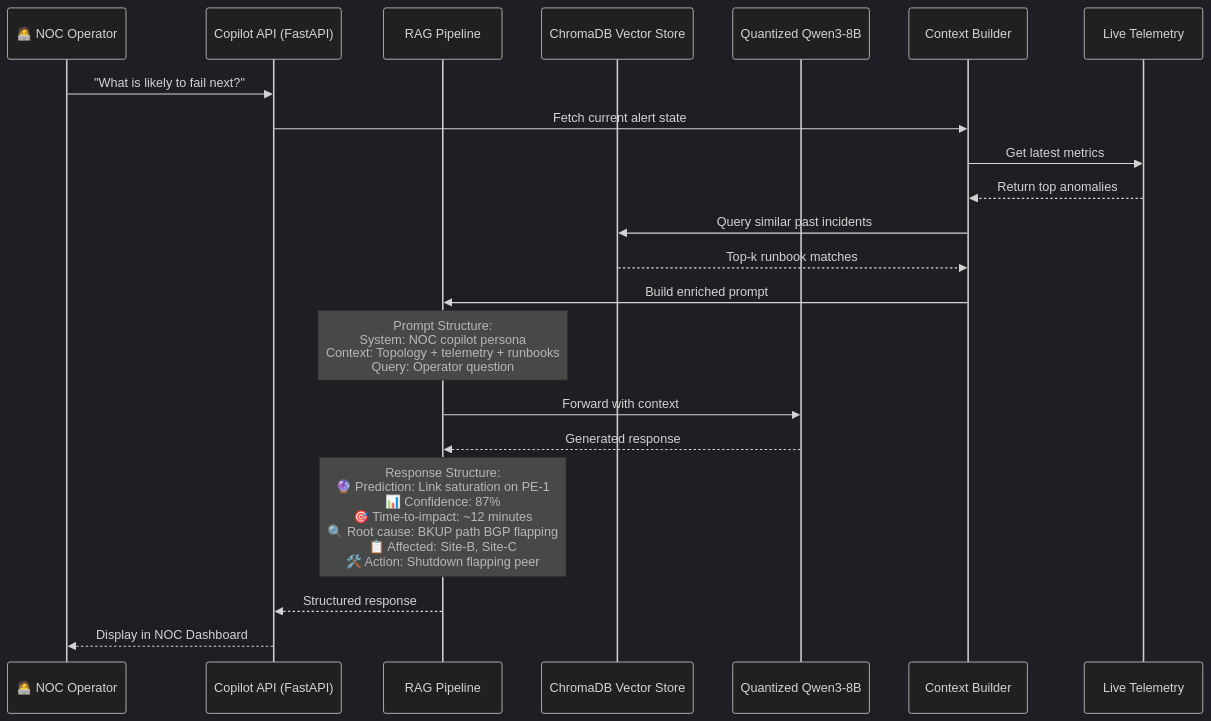
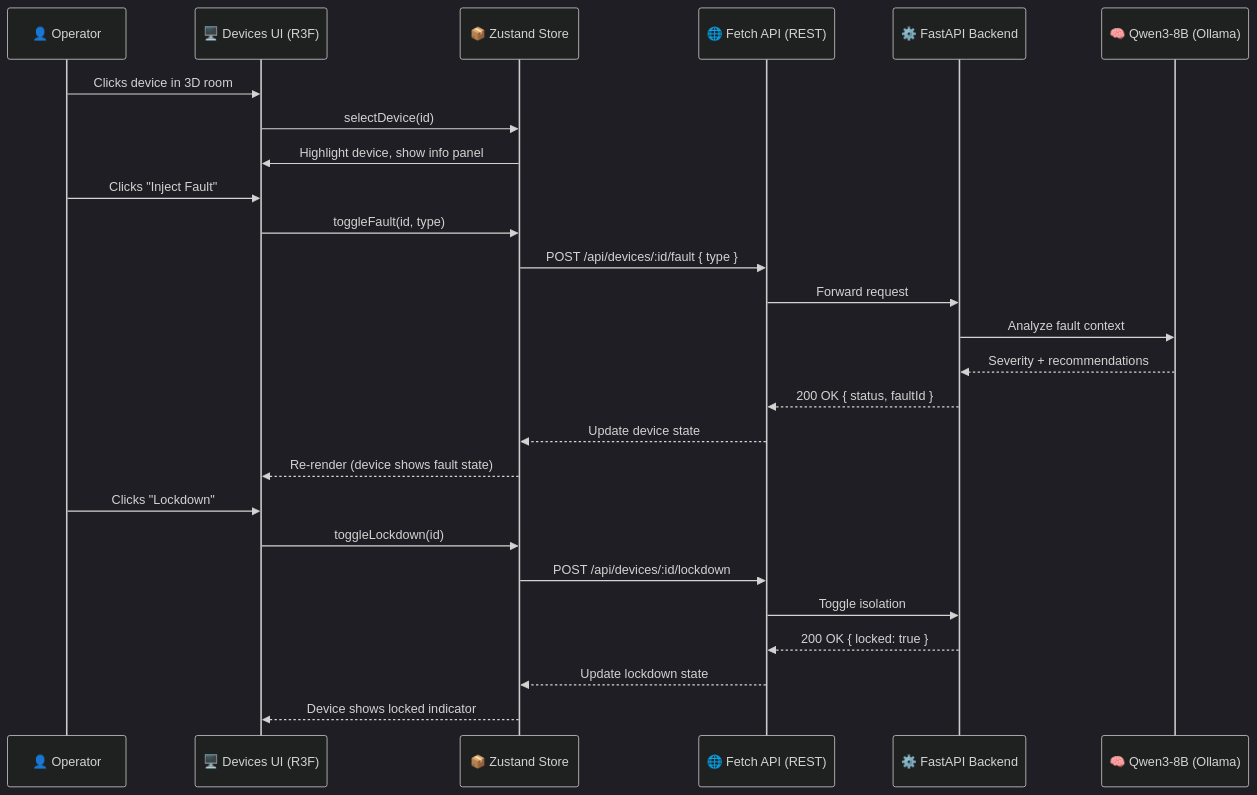
One commit to ADITYA02NM/ISRO2026 changed the second of 3 diagrams in info/flow.md. Above: the diagram before and after it, drawn with Mermaid (dark theme). The commit also changed other lines of this file and 8 other files, not shown here.

First line of the commit message:
3-terminal dual-3D-frontend architecture rewrite

````diff
--- a/info/flow.md
+++ b/info/flow.md
@@ -167,28 +50,30 @@
 ```mermaid
 sequenceDiagram
-    participant Operator as 🧑‍💻 NOC Operator
-    participant API as Copilot API (FastAPI)
-    participant RAG as RAG Pipeline
-    participant VDB as ChromaDB Vector Store
-    participant LLM as Quantized Qwen3-8B
-    participant CTX as Context Builder
-    participant TELE as Live Telemetry
+    participant User as 👤 Operator
+    participant UI as 🖥️ Devices UI (R3F)
+    participant Store as 📦 Zustand Store
+    participant API as 🌐 Fetch API (REST)
+    participant Backend as ⚙️ FastAPI Backend
+    participant LLM as 🧠 Qwen3-8B (Ollama)
 
-    Operator->>API: "What is likely to fail next?"
-    API->>CTX: Fetch current alert state
-    CTX->>TELE: Get latest metrics
-    TELE-->>CTX: Return top anomalies
-    CTX->>VDB: Query similar past incidents
-    VDB-->>CTX: Top-k runbook matches
-    CTX->>RAG: Build enriched prompt
+    User->>UI: Clicks device in 3D room
+    UI->>Store: selectDevice(id)
+    Store->>UI: Highlight device, show info panel
+    User->>UI: Clicks "Inject Fault"
+    UI->>Store: toggleFault(id, type)
+    Store->>API: POST /api/devices/:id/fault { type }
+    API->>Backend: Forward request
+    Backend->>LLM: Analyze fault context
+    LLM-->>Backend: Severity + recommendations
+    Backend-->>API: 200 OK { status, faultId }
+    API-->>Store: Update device state
+    Store-->>UI: Re-render (device shows fault state)
 
-    Note over RAG: Prompt Structure:<br/>System: NOC copilot persona<br/>Context: Topology + telemetry + runbooks<br/>Query: Operator question
-
-    RAG->>LLM: Forward with context
-    LLM-->>RAG: Generated response
-
-    Note over RAG: Response Structure:<br/>🔮 Prediction: Link saturation on PE-1<br/>📊 Confidence: 87%<br/>🎯 Time-to-impact: ~12 minutes<br/>🔍 Root cause: BKUP path BGP flapping<br/>📋 Affected: Site-B, Site-C<br/>🛠️ Action: Shutdown flapping peer
-
-    RAG-->>API: Structured response
-    API-->>Operator: Display in NOC Dashboard
+    User->>UI: Clicks "Lockdown"
+    UI->>Store: toggleLockdown(id)
+    Store->>API: POST /api/devices/:id/lockdown
+    API->>Backend: Toggle isolation
+    Backend-->>API: 200 OK { locked: true }
+    API-->>Store: Update lockdown state
+    Store-->>UI: Device shows locked indicator
 ```
````
